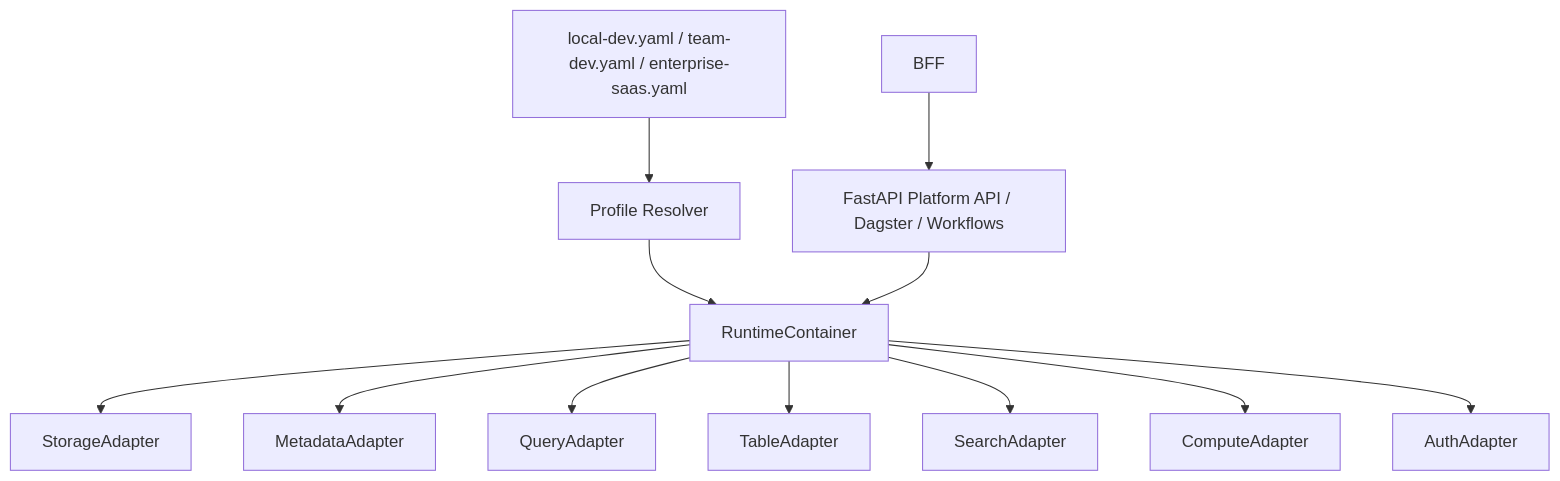
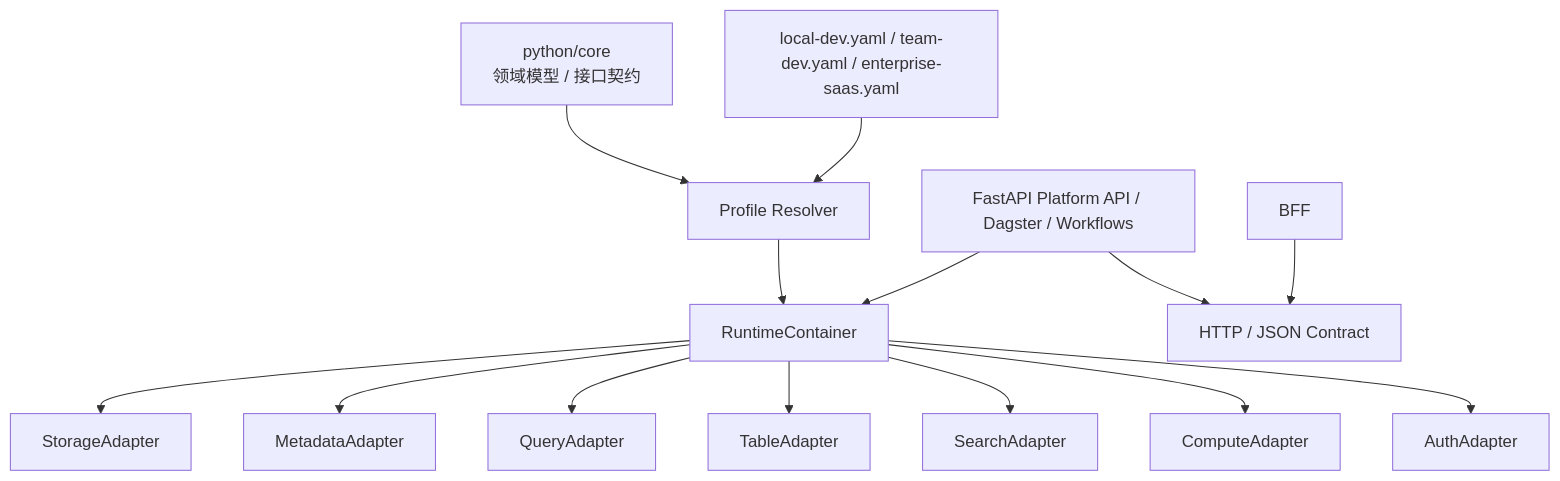
The third of 5 diagrams in docs/architecture/mermaid-diagrams.md (gray-cgm/ai-native-data-engine), drawn with Mermaid before and after one commit. The commit also changed other lines of this file and 4 other files, not shown here.

````diff
--- a/docs/architecture/mermaid-diagrams.md
+++ b/docs/architecture/mermaid-diagrams.md
@@ -36,14 +37,16 @@
 ```mermaid
 flowchart TD
-    A[local-dev.yaml / team-dev.yaml / enterprise-saas.yaml] --> B[Profile Resolver]
+    A[python/core\n领域模型 / 接口契约] --> B[Profile Resolver]
+    P[local-dev.yaml / team-dev.yaml / enterprise-saas.yaml] --> B
     B --> C[RuntimeContainer]
     C --> D[StorageAdapter]
     C --> E[MetadataAdapter]
     C --> F[QueryAdapter]
     C --> G[TableAdapter]
     C --> H[SearchAdapter]
     C --> I[ComputeAdapter]
     C --> J[AuthAdapter]
     K[FastAPI Platform API / Dagster / Workflows] --> C
-    L[BFF] --> K
+    K --> M[HTTP / JSON Contract]
+    L[BFF] --> M
 ```
````
